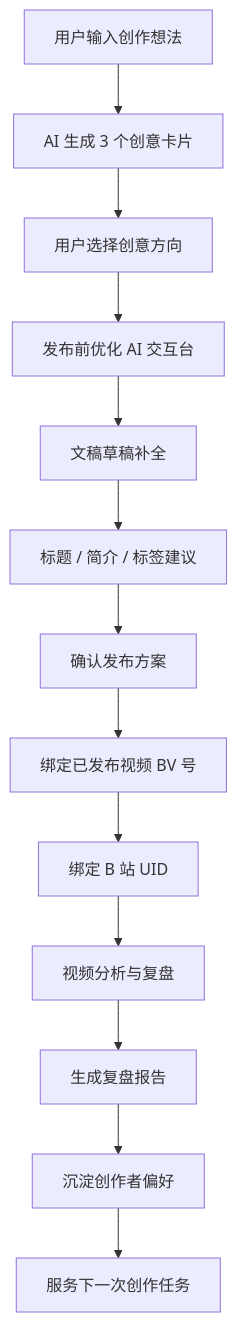
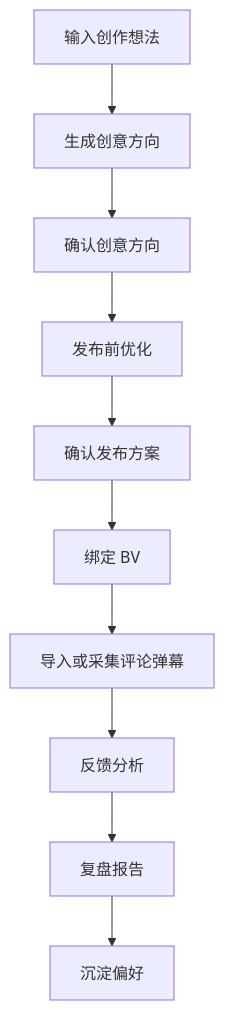
The second of 2 diagrams in README.md (lin-0407/linkAgent), drawn with Mermaid before and after one commit. The commit also changed other lines of this file and 1 other file, not shown here.

````diff
--- a/README.md
+++ b/README.md
@@ -69,15 +231,12 @@
 ```mermaid
 flowchart TD
-    Idea[用户输入创作想法] --> Creative[AI 生成 3 个创意卡片]
-    Creative --> Select[用户选择创意方向]
-    Select --> PrePublish[发布前优化 AI 交互台]
-    PrePublish --> Draft[文稿草稿补全]
-    Draft --> Suggestions[标题 / 简介 / 标签建议]
-    Suggestions --> Confirm[确认发布方案]
-    Confirm --> BindBv[绑定已发布视频 BV 号]
-    BindBv --> BindUid[绑定 B 站 UID]
-    BindUid --> VideoAnalysis[视频分析与复盘]
-    VideoAnalysis --> Report[生成复盘报告]
-    Report --> Preference[沉淀创作者偏好]
-    Preference --> NextTask[服务下一次创作任务]
+    Idea[输入创作想法] --> Creative[生成创意方向]
+    Creative --> Select[确认创意方向]
+    Select --> PrePublish[发布前优化]
+    PrePublish --> Confirm[确认发布方案]
+    Confirm --> BindBv[绑定 BV]
+    BindBv --> Feedback[导入或采集评论弹幕]
+    Feedback --> Analysis[反馈分析]
+    Analysis --> Report[复盘报告]
+    Report --> Preference[沉淀偏好]
 ```
````
